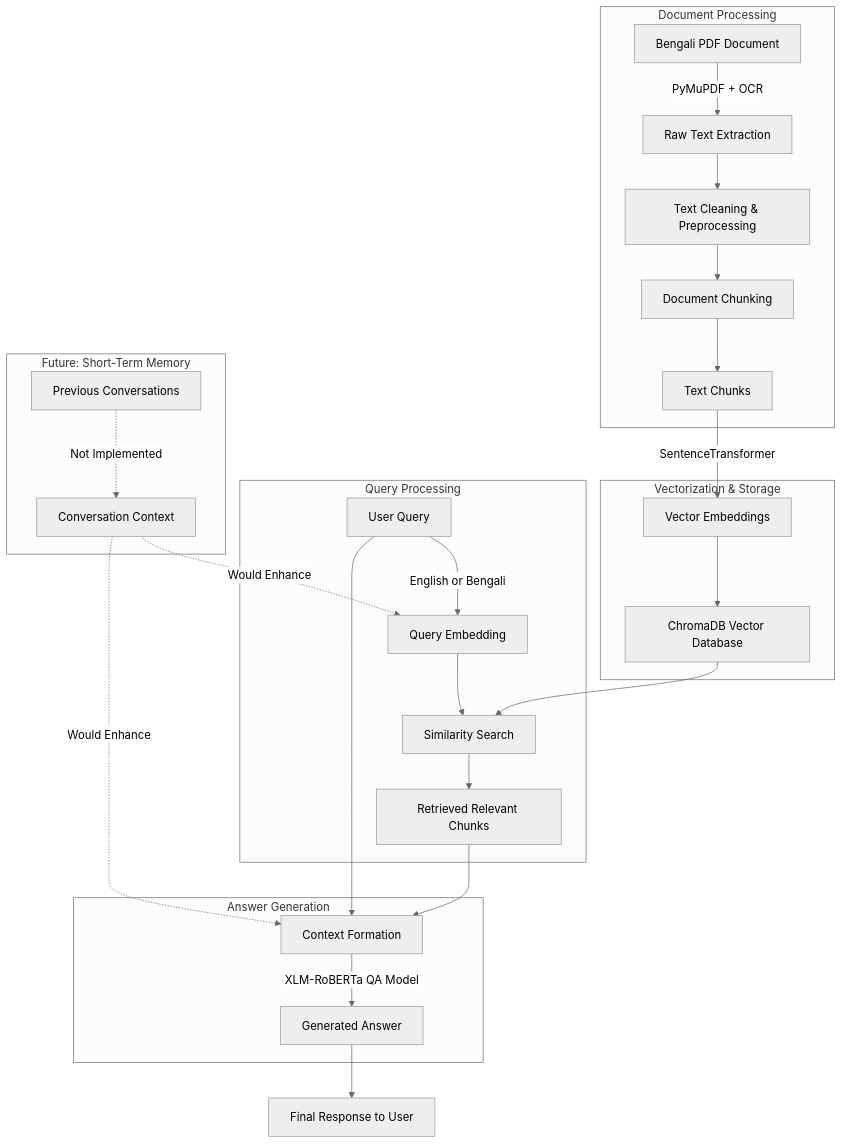
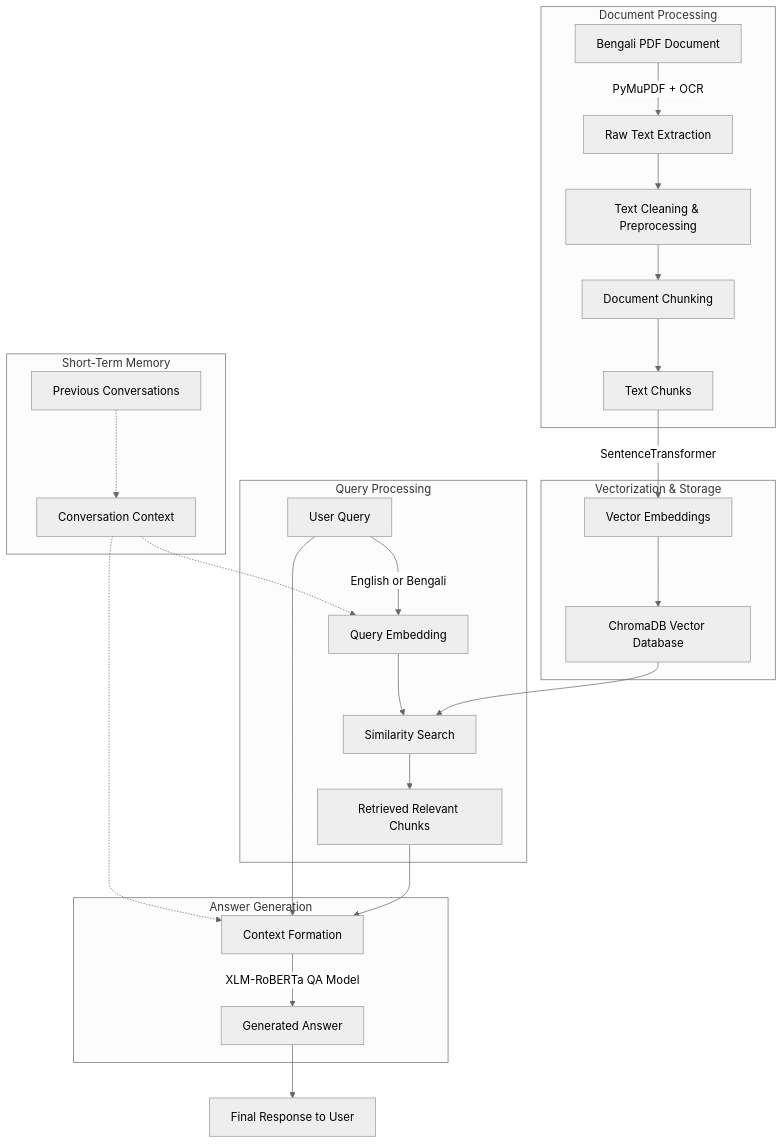
One commit to MohammadMushfiqurRahman/Multilingual-Retrieval-Augmented-Generation-RAG-System changed the diagram in README.md. Above: the diagram before and after it, drawn with Mermaid (neutral theme).

Commit message:
Update Flowchart

````diff
--- a/README.md
+++ b/README.md
@@ -26,35 +26,35 @@
 ```mermaid
 flowchart TD
     subgraph "Document Processing"
         A[Bengali PDF Document] -->|PyMuPDF + OCR| B[Raw Text Extraction]
         B --> C[Text Cleaning & Preprocessing]
         C --> D[Document Chunking]
         D --> E[Text Chunks]
     end
 
     subgraph "Vectorization & Storage"
         E -->|SentenceTransformer| F[Vector Embeddings]
         F --> G[ChromaDB Vector Database]
     end
 
     subgraph "Query Processing"
         H[User Query] -->|English or Bengali| I[Query Embedding]
         I --> J[Similarity Search]
         G --> J
         J --> K[Retrieved Relevant Chunks]
     end
 
     subgraph "Answer Generation"
         K --> L[Context Formation]
         H --> L
         L -->|XLM-RoBERTa QA Model| M[Generated Answer]
     end
 
-    subgraph "Future: Short-Term Memory"
-        N[Previous Conversations] -.->|Not Implemented| O[Conversation Context]
-        O -.->|Would Enhance| I
-        O -.->|Would Enhance| L
+    subgraph "Short-Term Memory"
+        N[Previous Conversations] -.-> O[Conversation Context]
+        O -.-> I
+        O -.-> L
     end
 
     M --> P[Final Response to User]
 ```
````
